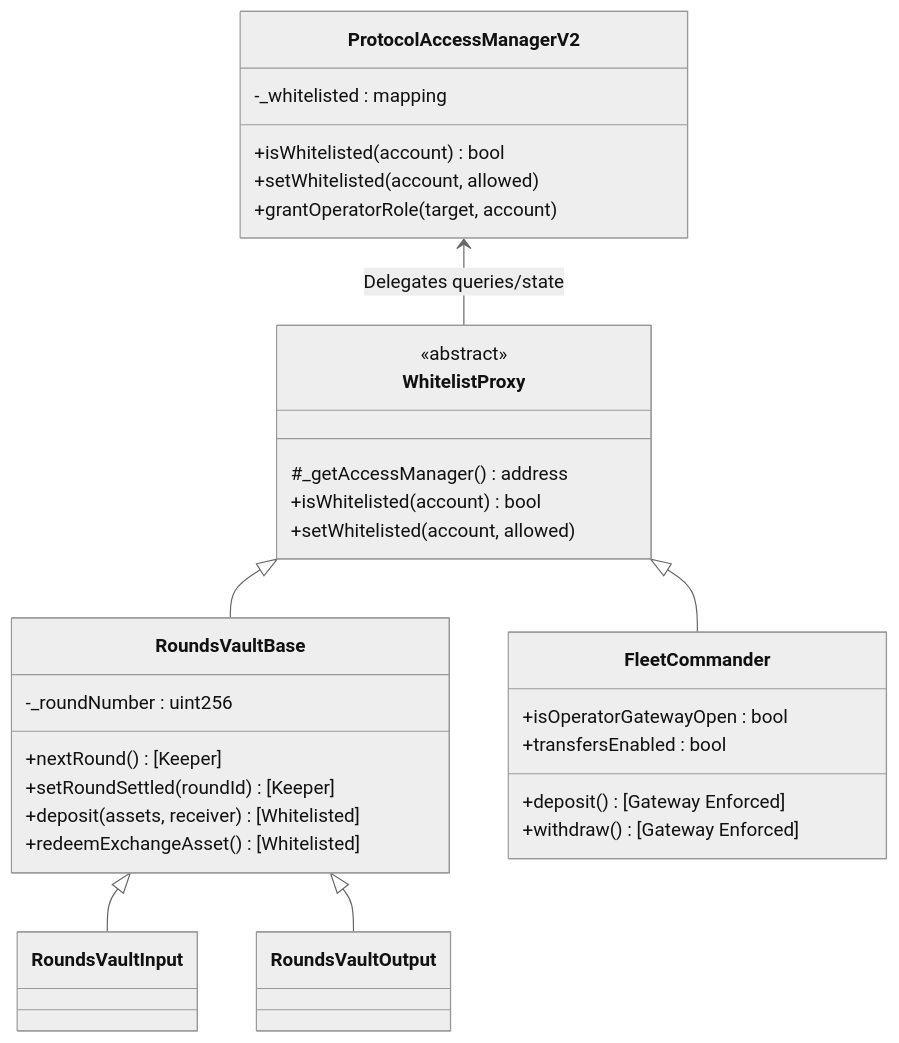
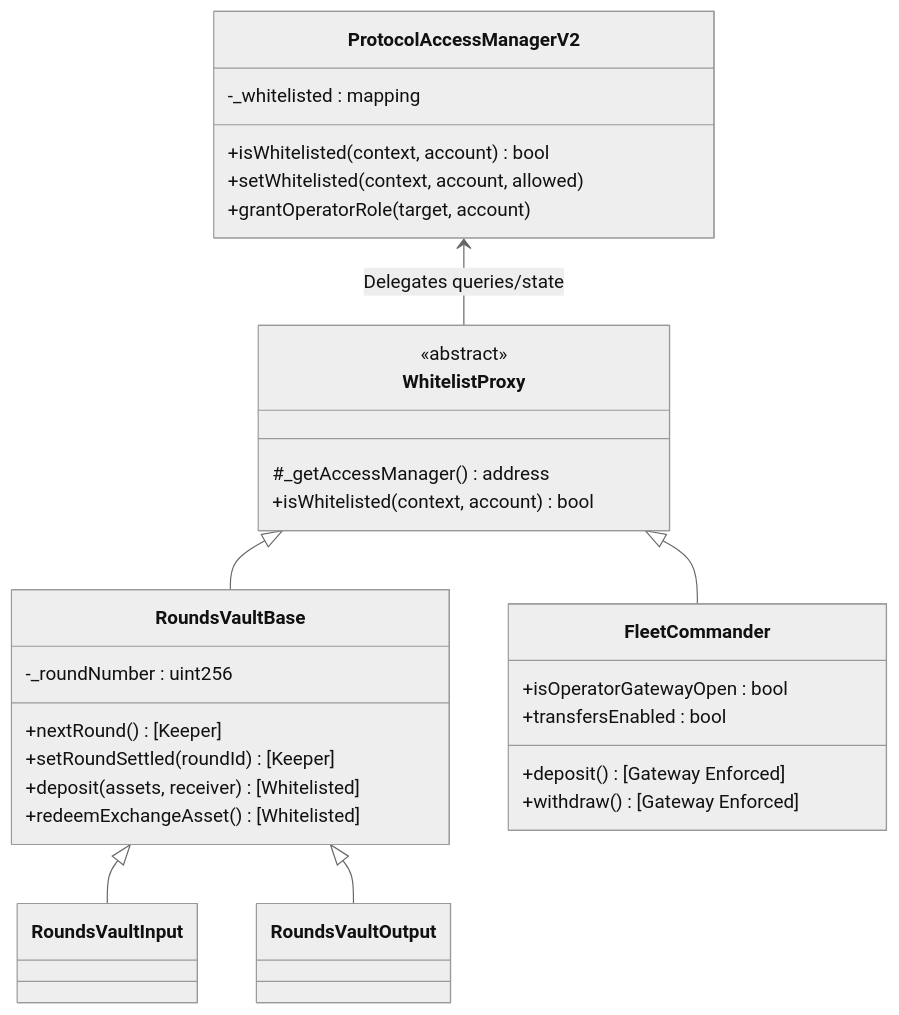
One commit to OasisDEX/summer-earn-protocol changed the second of 8 diagrams in packages/core-contracts/src/contracts/rounds-vault/docs/rounds_vault_technical_reference.md. Above: the diagram before and after it, drawn with Mermaid (neutral theme). The commit also changed other lines of this file and 23 other files, not shown here.

````diff
--- a/packages/core-contracts/src/contracts/rounds-vault/docs/rounds_vault_technical_reference.md
+++ b/packages/core-contracts/src/contracts/rounds-vault/docs/rounds_vault_technical_reference.md
@@ -63,37 +63,36 @@
 ```mermaid
 classDiagram
     class ProtocolAccessManagerV2 {
         -_whitelisted : mapping
-        +isWhitelisted(account) bool
-        +setWhitelisted(account, allowed)
+        +isWhitelisted(context, account) bool
+        +setWhitelisted(context, account, allowed)
         +grantOperatorRole(target, account)
     }
 
     class WhitelistProxy {
         <<abstract>>
         #_getAccessManager() address
-        +isWhitelisted(account) bool
-        +setWhitelisted(account, allowed)
+        +isWhitelisted(context, account) bool
     }
 
     class RoundsVaultBase {
         -_roundNumber : uint256
         +nextRound() [Keeper]
         +setRoundSettled(roundId) [Keeper]
         +deposit(assets, receiver) [Whitelisted]
         +redeemExchangeAsset() [Whitelisted]
     }
 
     class FleetCommander {
         +isOperatorGatewayOpen : bool
         +transfersEnabled : bool
         +deposit() [Gateway Enforced]
         +withdraw() [Gateway Enforced]
     }
 
     ProtocolAccessManagerV2 <-- WhitelistProxy : Delegates queries/state
     WhitelistProxy <|-- RoundsVaultBase
     WhitelistProxy <|-- FleetCommander
     RoundsVaultBase <|-- RoundsVaultInput
     RoundsVaultBase <|-- RoundsVaultOutput
 ```
````
